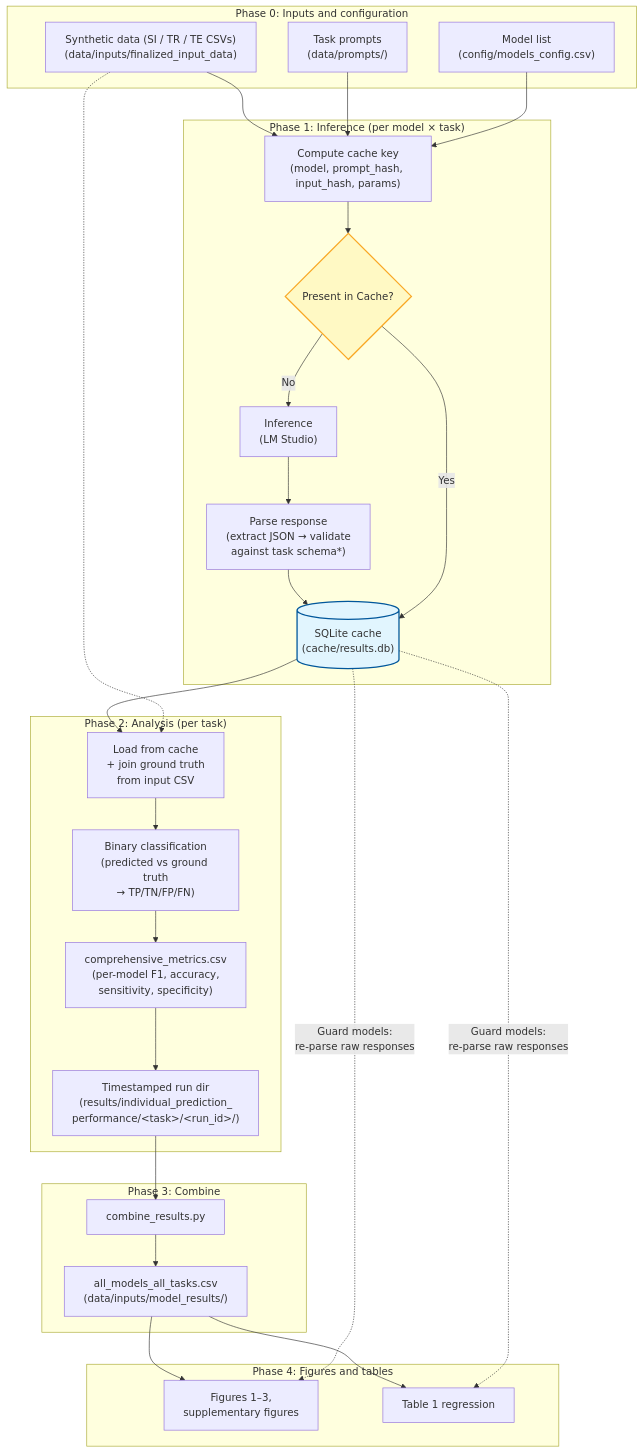
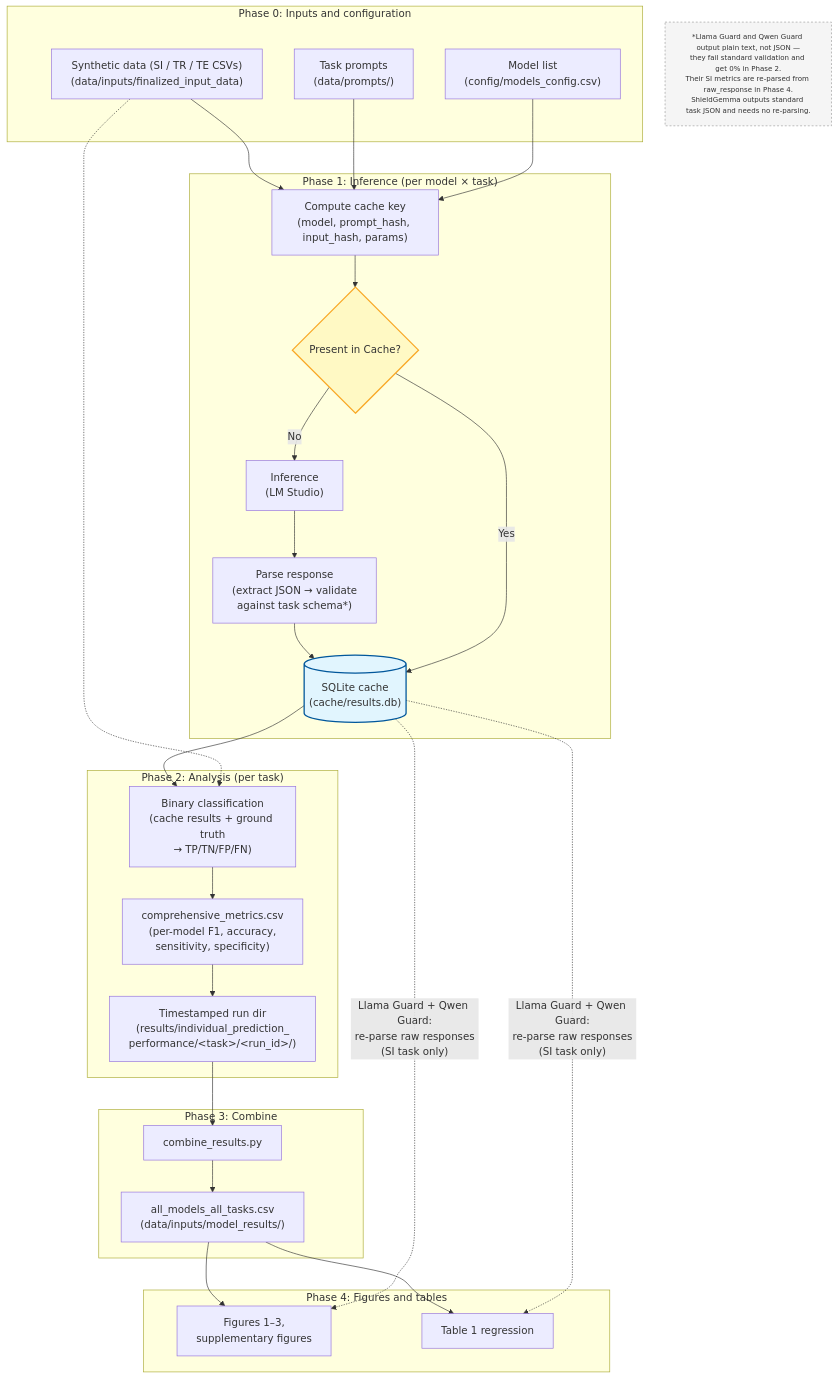
The diagram in README.md (markkalinich/mental-health-finetune-analysis), drawn with Mermaid before and after one commit. The commit also changed 7 other files, not shown here.

First line of the commit message:
Fix guard metrics: stop SI bleed into TR/TE, remove ShieldGemma re-parse

````diff
--- a/README.md
+++ b/README.md
@@ -23,42 +23,44 @@
 ```mermaid
 flowchart TB
     subgraph P0["Phase 0: Inputs and configuration"]
         data["Synthetic data (SI / TR / TE CSVs)\n(data/inputs/finalized_input_data)"]
         prompts["Task prompts\n(data/prompts/)"]
         cfg["Model list\n(config/models_config.csv)"]
     end
 
     subgraph P1["Phase 1: Inference (per model × task)"]
         data --> keygen["Compute cache key\n(model, prompt_hash, input_hash, params)"]
         prompts --> keygen
         cfg --> keygen
         keygen --> check{"Present in Cache?"}
         check -->|"No"| lms["Inference\n(LM Studio)"]
         lms --> parse["Parse response\n(extract JSON → validate\nagainst task schema*)"]
         parse --> cache[("SQLite cache\n(cache/results.db)")]
         check -->|"Yes"| cache
     end
 
     subgraph P2["Phase 2: Analysis (per task)"]
-        cache --> load["Load from cache\n+ join ground truth\nfrom input CSV"]
-        data -.-> load
-        load --> classify["Binary classification\n(predicted vs ground truth\n→ TP/TN/FP/FN)"]
+        cache --> classify["Binary classification\n(cache results + ground truth\n→ TP/TN/FP/FN)"]
+        data -.-> classify
         classify --> metrics["comprehensive_metrics.csv\n(per-model F1, accuracy,\nsensitivity, specificity)"]
         metrics --> runs["Timestamped run dir\n(results/individual_prediction_\nperformance/&lt;task&gt;/&lt;run_id&gt;/)"]
     end
 
     subgraph P3["Phase 3: Combine"]
         runs --> combine["combine_results.py"]
         combine --> combined["all_models_all_tasks.csv\n(data/inputs/model_results/)"]
     end
 
     subgraph P4["Phase 4: Figures and tables"]
         combined --> figs["Figures 1–3,\nsupplementary figures"]
         combined --> tab1["Table 1 regression"]
-        cache -.->|"Guard models:\nre-parse raw responses"| figs
-        cache -.->|"Guard models:\nre-parse raw responses"| tab1
+        cache -.->|"Llama Guard + Qwen Guard:\nre-parse raw responses\n(SI task only)"| figs
+        cache -.->|"Llama Guard + Qwen Guard:\nre-parse raw responses\n(SI task only)"| tab1
     end
+
+    footnote["*Llama Guard and Qwen Guard output plain text, not JSON —\nthey fail standard validation and get 0% in Phase 2.\nTheir SI metrics are re-parsed from raw_response in Phase 4.\nShieldGemma outputs standard task JSON and needs no re-parsing."]
 
     style cache fill:#e1f5fe,stroke:#01579b,stroke-width:2px
     style check fill:#fff9c4,stroke:#f9a825,stroke-width:2px
+    style footnote fill:#f5f5f5,stroke:#999,stroke-dasharray:3,font-size:11px
 ```
````
